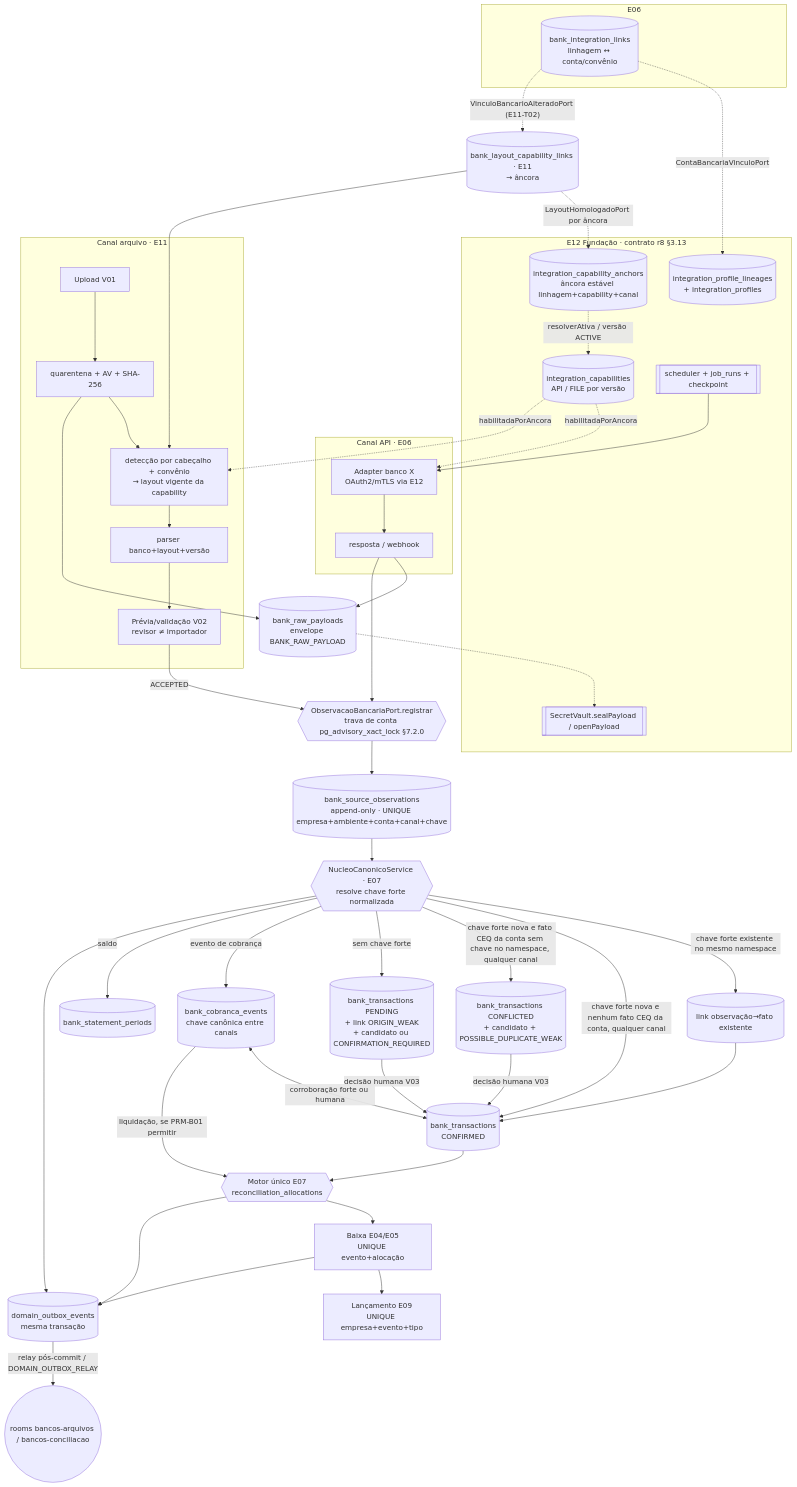
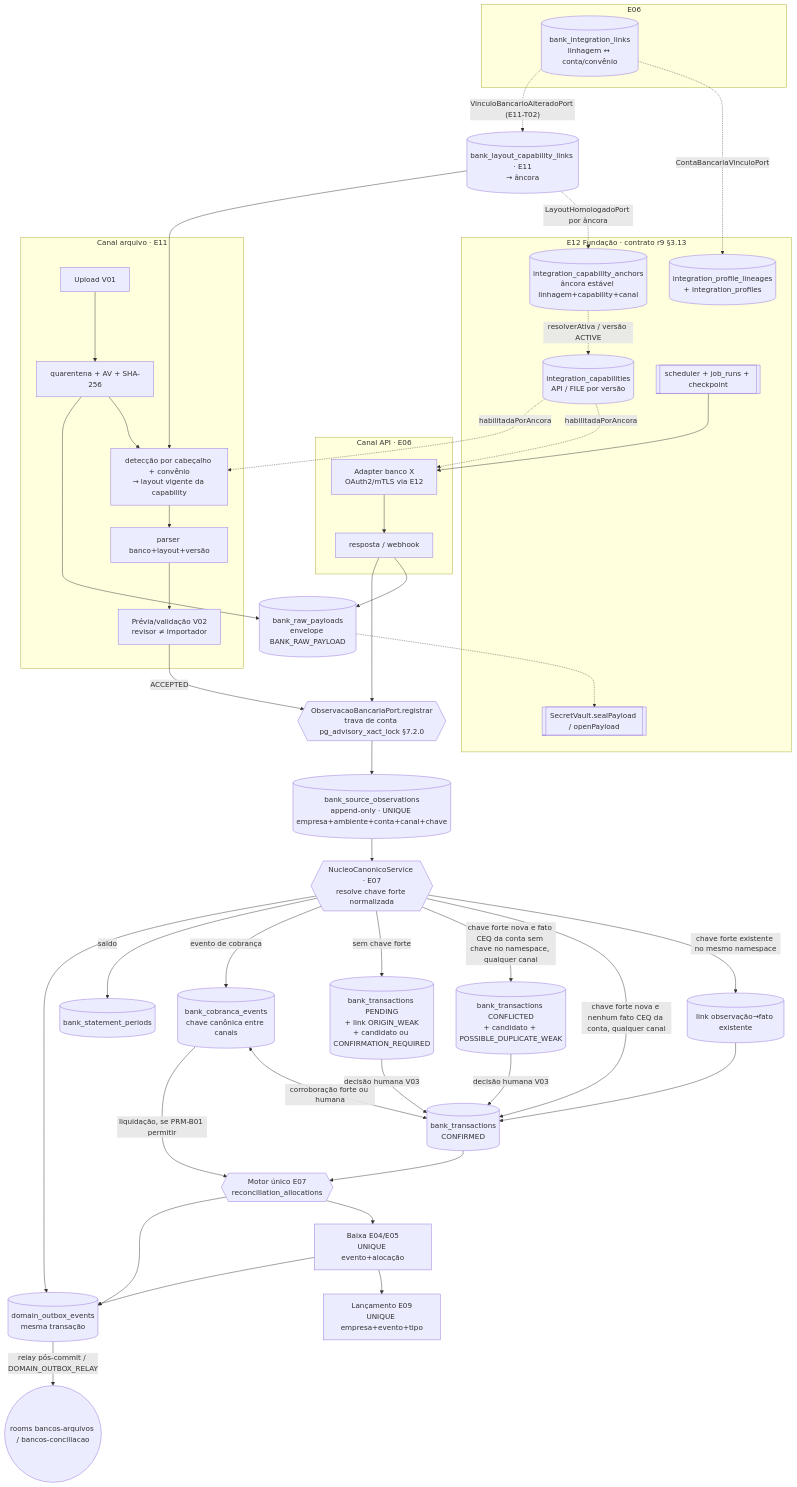
One commit to sammuka/alpha-carnes changed the first of 2 diagrams in docs/superpowers/plans/2026-10-12-e11-t00-cross-bancario-apis-arquivos-razao.md. Above: the diagram before and after it, drawn with Mermaid. The commit also changed other lines of this file, not shown here.

Commit message:
docs(e11-t00): revisao v8 do plano apos Portao 1 r7 (adota contrato E12 r9 3.13)

````diff
--- a/docs/superpowers/plans/2026-10-12-e11-t00-cross-bancario-apis-arquivos-razao.md
+++ b/docs/superpowers/plans/2026-10-12-e11-t00-cross-bancario-apis-arquivos-razao.md
@@ -185,53 +238,53 @@
 ```mermaid
 flowchart TB
-  subgraph E12[E12 Fundação · contrato r8 §3.13]
+  subgraph E12[E12 Fundação · contrato r9 §3.13]
     LIN[(integration_profile_lineages\n+ integration_profiles)]
     ANC[(integration_capability_anchors\nâncora estável linhagem+capability+canal)]
     CAP[(integration_capabilities\nAPI / FILE por versão)]
     JOB[[scheduler + job_runs + checkpoint]]
     VAULT[[SecretVault.sealPayload / openPayload]]
   end
   subgraph E06L[E06]
     BIL[(bank_integration_links\nlinhagem ↔ conta/convênio)]
   end
   subgraph CANAL_API[Canal API · E06]
     AD[Adapter banco X\nOAuth2/mTLS via E12] --> RESP[resposta / webhook]
   end
   subgraph CANAL_ARQ[Canal arquivo · E11]
     UP[Upload V01] --> QUAR[quarentena + AV + SHA-256]
     QUAR --> DET[detecção por cabeçalho + convênio\n→ layout vigente da capability]
     DET --> PARSE[parser banco+layout+versão]
     PARSE --> REV[Prévia/validação V02\nrevisor ≠ importador]
   end
   BIL -. ContaBancariaVinculoPort .-> LIN
   BIL -. VinculoBancarioAlteradoPort (E11-T02) .-> BLCL
   ANC -. resolverAtiva / versão ACTIVE .-> CAP
   BLCL[(bank_layout_capability_links · E11\n→ âncora)] -. LayoutHomologadoPort por âncora .-> ANC
   JOB --> AD
   CAP -. habilitadaPorAncora .-> AD
   CAP -. habilitadaPorAncora .-> DET
   BLCL --> DET
   RESP --> RAW[(bank_raw_payloads\nenvelope BANK_RAW_PAYLOAD)]
   QUAR --> RAW
   RAW -.-> VAULT
   RESP --> PORT{{ObservacaoBancariaPort.registrar\ntrava de conta pg_advisory_xact_lock §7.2.0}}
   REV -- ACCEPTED --> PORT
   PORT --> OBS[(bank_source_observations\nappend-only · UNIQUE empresa+ambiente+conta+canal+chave)]
   OBS --> NUC{{NucleoCanonicoService · E07\nresolve chave forte normalizada}}
   NUC -- chave forte existente no mesmo namespace --> LINK[(link observação→fato existente)]
   NUC -- chave forte nova e nenhum fato CEQ da conta, qualquer canal --> TX[(bank_transactions\nCONFIRMED)]
   NUC -- chave forte nova e fato CEQ da conta sem chave no namespace, qualquer canal --> CONFL[(bank_transactions CONFLICTED\n+ candidato + POSSIBLE_DUPLICATE_WEAK)]
   NUC -- sem chave forte --> PEND[(bank_transactions PENDING\n+ link ORIGIN_WEAK\n+ candidato ou CONFIRMATION_REQUIRED)]
   CONFL -- decisão humana V03 --> TX
   NUC -- evento de cobrança --> COB[(bank_cobranca_events\nchave canônica entre canais)]
   NUC -- saldo --> PER[(bank_statement_periods)]
   LINK --> TX
   PEND -- decisão humana V03 --> TX
   COB <-- corroboração forte ou humana --> TX
   TX --> MOT{{Motor único E07\nreconciliation_allocations}}
   COB -- liquidação, se PRM-B01 permitir --> MOT
   MOT --> BX[Baixa E04/E05\nUNIQUE evento+alocação]
   BX --> LED[Lançamento E09\nUNIQUE empresa+evento+tipo]
   NUC & MOT & BX --> OUT[(domain_outbox_events\nmesma transação)]
   OUT -- relay pós-commit / DOMAIN_OUTBOX_RELAY --> WS((rooms bancos-arquivos / bancos-conciliacao))
 ```
````
